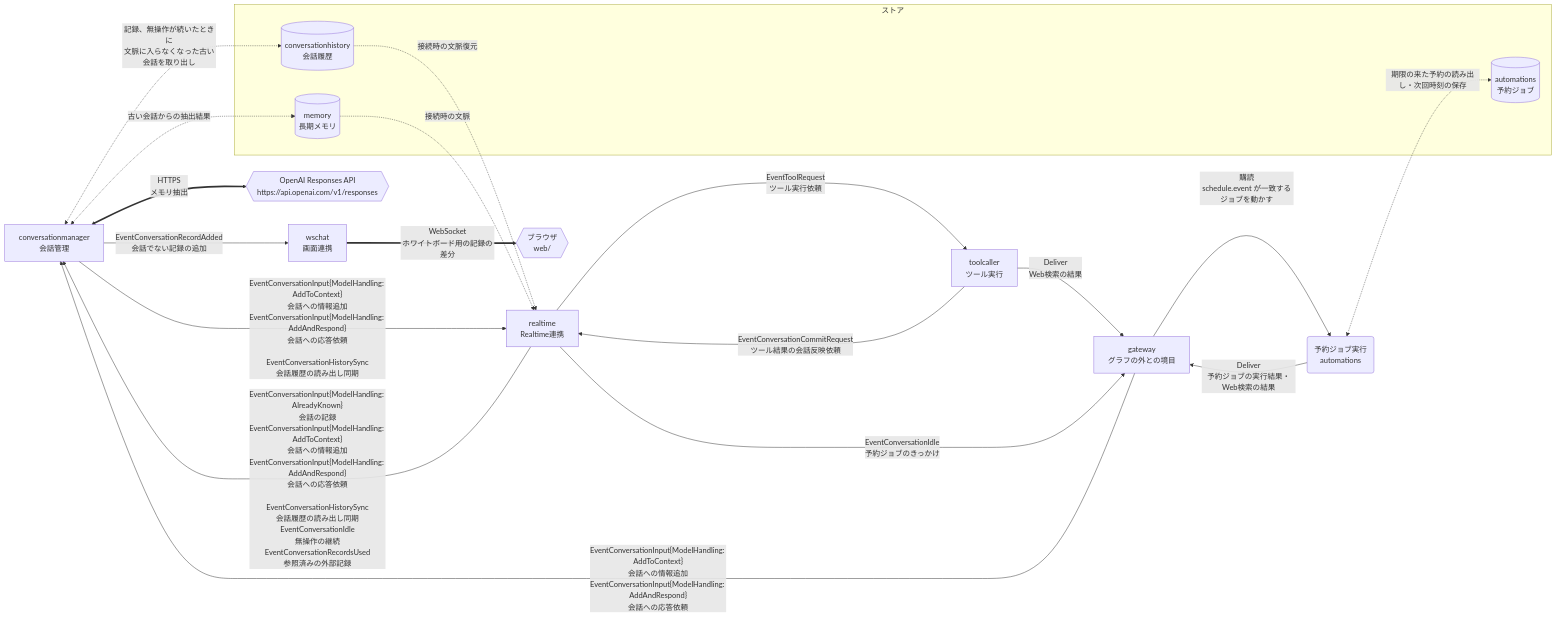
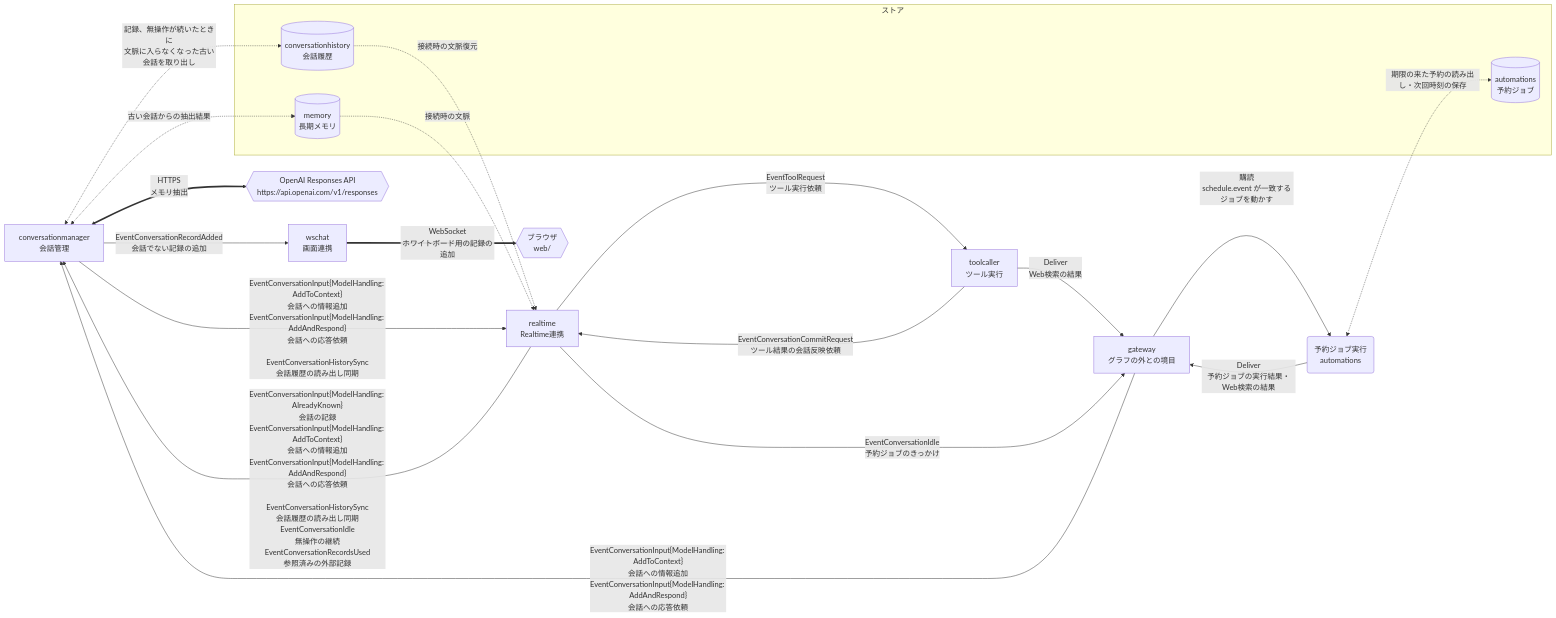
Before and after one commit to tetetratra/smart-speaker: the second of 3 diagrams in README.md, drawn with Mermaid.

Commit message:
READMEの図で、画面へ送る記録を差分ではなく追加と書く

````diff
--- a/README.md
+++ b/README.md
@@ -120,35 +120,35 @@
 ```mermaid
 flowchart LR
     manager["conversationmanager<br/>会話管理"]
     openaiResponses{{"OpenAI Responses API<br/>https://api.openai.com/v1/responses"}}
     rt["realtime<br/>Realtime連携"]
     tool["toolcaller<br/>ツール実行"]
     scheduler("予約ジョブ実行<br/>automations")
     gateway["gateway<br/>グラフの外との境目"]
     chat["wschat<br/>画面連携"]
     browser{{"ブラウザ<br/>web/"}}
 
     subgraph g0["ストア"]
         historyStore[("conversationhistory<br/>会話履歴")]
         memoryStore[("memory<br/>長期メモリ")]
         automationStore[("automations<br/>予約ジョブ")]
     end
 
     manager <==>|"HTTPS<br/>メモリ抽出"| openaiResponses
     rt -->|"EventConversationInput{ModelHandling: AlreadyKnown}<br/>会話の記録<br/>EventConversationInput{ModelHandling: AddToContext}<br/>会話への情報追加<br/>EventConversationInput{ModelHandling: AddAndRespond}<br/>会話への応答依頼<br/><br/>EventConversationHistorySync<br/>会話履歴の読み出し同期<br/>EventConversationIdle<br/>無操作の継続<br/>EventConversationRecordsUsed<br/>参照済みの外部記録"| manager
     manager --->|"EventConversationInput{ModelHandling: AddToContext}<br/>会話への情報追加<br/>EventConversationInput{ModelHandling: AddAndRespond}<br/>会話への応答依頼<br/><br/>EventConversationHistorySync<br/>会話履歴の読み出し同期"| rt
     rt -->|"EventToolRequest<br/>ツール実行依頼"| tool
     tool --->|"EventConversationCommitRequest<br/>ツール結果の会話反映依頼"| rt
     scheduler -->|"Deliver<br/>予約ジョブの実行結果・Web検索の結果"| gateway
     tool -->|"Deliver<br/>Web検索の結果"| gateway
     gateway -->|"EventConversationInput{ModelHandling: AddToContext}<br/>会話への情報追加<br/>EventConversationInput{ModelHandling: AddAndRespond}<br/>会話への応答依頼"| manager
     rt -->|"EventConversationIdle<br/>予約ジョブのきっかけ"| gateway
     gateway -->|"購読<br/>schedule.event が一致するジョブを動かす"| scheduler
     manager <-.->|"記録、無操作が続いたときに<br/>文脈に入らなくなった古い会話を取り出し"| historyStore
     historyStore -.->|"接続時の文脈復元"| rt
     memoryStore -.->|"接続時の文脈"| rt
     manager <-.->|"古い会話からの抽出結果"| memoryStore
     manager -->|"EventConversationRecordAdded<br/>会話でない記録の追加"| chat
-    chat ==>|"WebSocket<br/>ホワイトボード用の記録の差分"| browser
+    chat ==>|"WebSocket<br/>ホワイトボード用の記録の追加"| browser
     scheduler <-.->|"期限の来た予約の読み出し・次回時刻の保存"| automationStore
 ```
````
